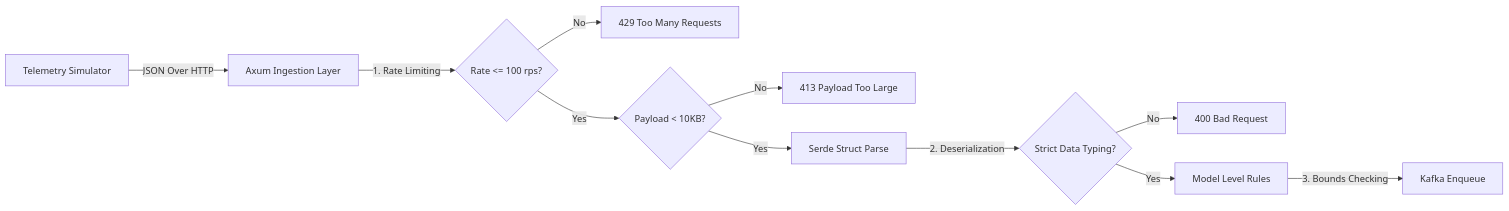
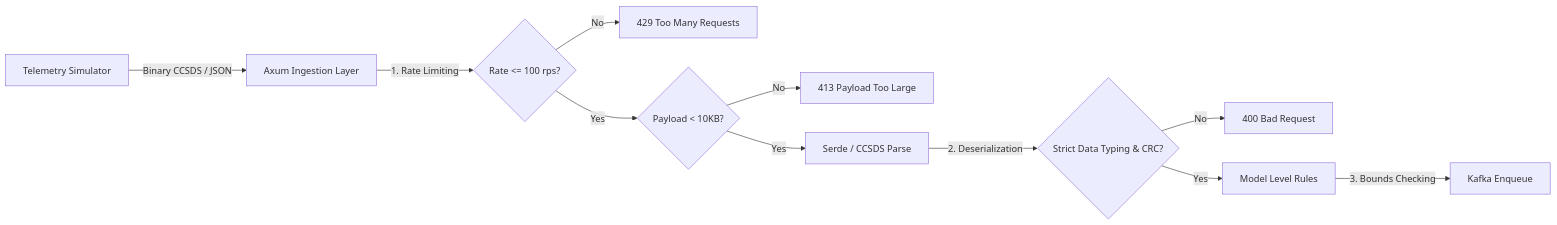
Before and after one commit to sarkarbikram90/OrbitLogs: the diagram in docs/design/security.md, drawn with Mermaid. The commit also changed other lines of this file and 11 other files, not shown here.

Commit message:
docs: update and rewrite all architecture, design, operations, and testing strategy markdown documents for v4.0.0

````diff
--- a/docs/design/security.md
+++ b/docs/design/security.md
@@ -11,13 +12,13 @@
 ```mermaid
 flowchart LR
-    Client[Telemetry Simulator] -->|JSON Over HTTP| Ingress[Axum Ingestion Layer]
+    Client[Telemetry Simulator] -->|Binary CCSDS / JSON| Ingress[Axum Ingestion Layer]
     Ingress -->|1. Rate Limiting| RateCheck{Rate <= 100 rps?}
     RateCheck -->|No| Reject429[429 Too Many Requests]
     RateCheck -->|Yes| SizeCheck{Payload < 10KB?}
     SizeCheck -->|No| Reject[413 Payload Too Large]
-    SizeCheck -->|Yes| Parse[Serde Struct Parse]
-    Parse -->|2. Deserialization| ModelCheck{Strict Data Typing?}
+    SizeCheck -->|Yes| Parse[Serde / CCSDS Parse]
+    Parse -->|2. Deserialization| ModelCheck{Strict Data Typing & CRC?}
     ModelCheck -->|No| Reject400[400 Bad Request]
     ModelCheck -->|Yes| Validate[Model Level Rules]
     Validate -->|3. Bounds Checking| DBWrite[Kafka Enqueue]
 ```
````
